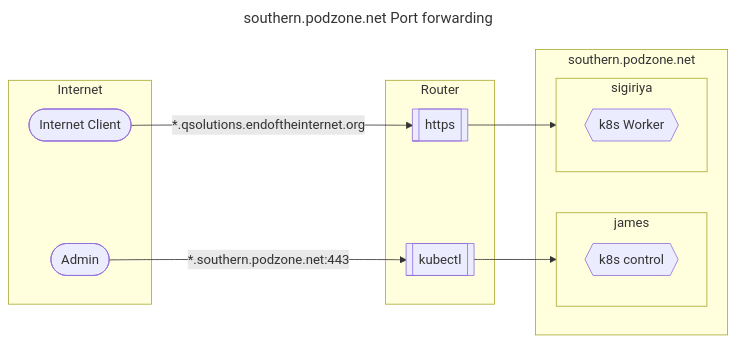
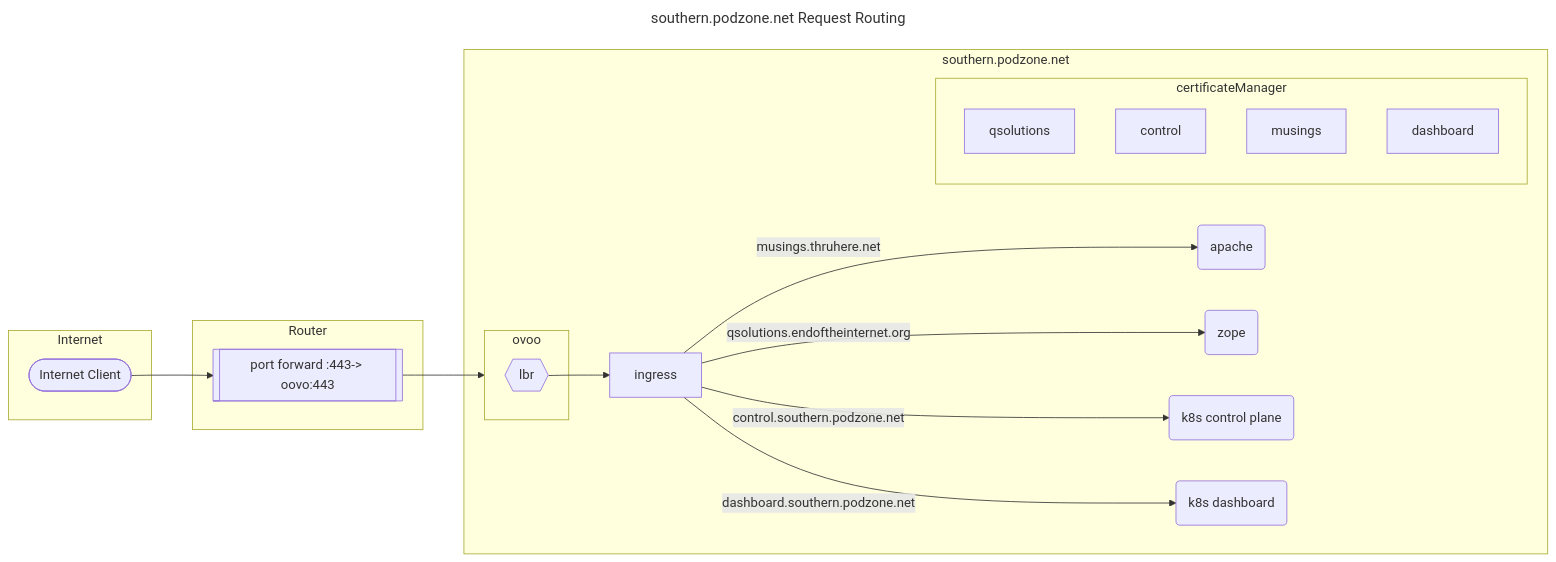
The third of 4 diagrams in README.md (MoTTTT/QApps), drawn with Mermaid before and after one commit. The commit also changed other lines of this file and 22 other files, not shown here.

````diff
--- a/README.md
+++ b/README.md
@@ -145,28 +205,39 @@
 ```mermaid
 ---
-title: southern.podzone.net Port forwarding
+title: southern.podzone.net Request Routing
 ---
 graph LR
 
-clientExt1 -->|*.qsolutions.endoftheinternet.org| routerPort1
-clientExt2 -->|*.southern.podzone.net:443| routerPort2
-routerPort1 --> sigiriya
-routerPort2 --> james
+clientExt1 --> routerPort1
+routerPort1 --> ovoo
+lbr --> ingress
+
+ingress -->|musings.thruhere.net| app1
+ingress -->|qsolutions.endoftheinternet.org| app4
+ingress -->|control.southern.podzone.net| app2
+ingress -->|dashboard.southern.podzone.net| app3
 
   subgraph Internet
     clientExt1([Internet Client])
-    clientExt2([Admin])
   end
   subgraph Router
-    routerPort1[[https]]
-    routerPort2[[kubectl]]
+    routerPort1[[port forward :443-> oovo:443]]
   end
   subgraph southern.podzone.net
-    subgraph james
-      microk8sW2{{k8s control}}
+    subgraph certificateManager
+      qsolutions
+      control
+      musings
+      dashboard
     end
-    subgraph sigiriya
-      microk8sW1{{k8s Worker}}
+    subgraph ovoo
+      lbr{{lbr}}
     end
+    ingress
+    app1(apache)
+    app4(zope)
+    app2(k8s control plane)
+    app3(k8s dashboard)
+
   end
 ```
````
